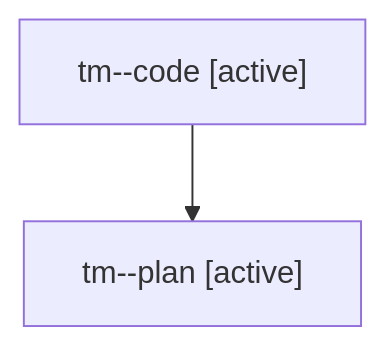
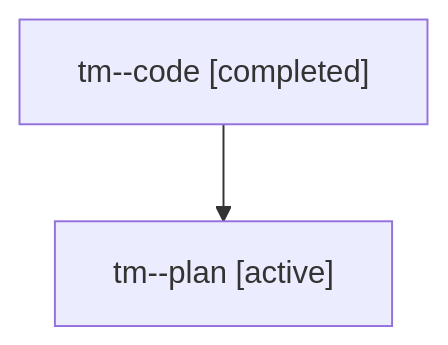
The diagram in families/bbugyi200.athena.tm.md (sase-org/sase--agents), drawn with Mermaid before and after one commit. The commit also changed other lines of this file and 4556 other files, not shown here.

````diff
--- a/families/bbugyi200.athena.tm.md
+++ b/families/bbugyi200.athena.tm.md
@@ -9,6 +9,6 @@
 ```mermaid
 flowchart TD
-  n0["tm--code [active]"]
+  n0["tm--code [completed]"]
   n1["tm--plan [active]"]
   n0 --> n1
 ```
````
